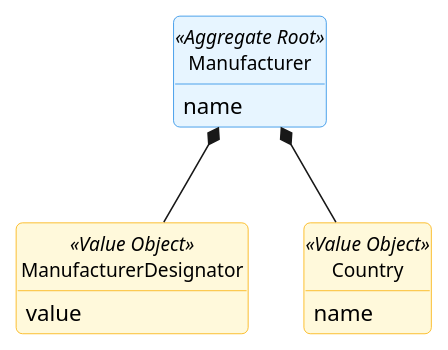
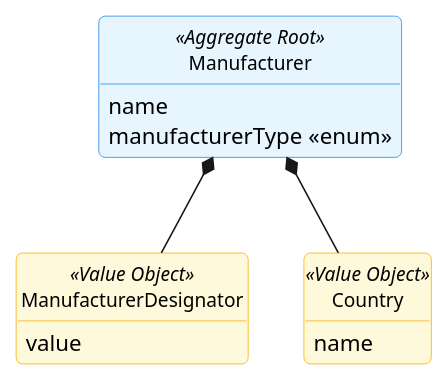
Before and after one commit to GustavoFerreira24/flight-management-platform: the diagram in docs/global-artifacts/02.analysis/puml/Aggregates/ManufacturerAggregate.puml, drawn with PlantUML. The commit also changed 6 other files, not shown here.

```diff
--- a/docs/global-artifacts/02.analysis/puml/Aggregates/ManufacturerAggregate.puml
+++ b/docs/global-artifacts/02.analysis/puml/Aggregates/ManufacturerAggregate.puml
@@ -1,44 +1,45 @@
 @startuml
 skinparam {
     BackgroundColor white
     RoundCorner 8
     Shadowing false
     Handwritten false
     ClassAttributeIconSize 0
 
     ClassBackgroundColor white
     ClassBorderColor #495057
     ClassFontSize 12
 
     ClassBackgroundColor<<Aggregate Root>> #E7F5FF
     ClassBorderColor<<Aggregate Root>> #228BE6
 
     ClassBackgroundColor<<Value Object>> #FFF9DB
     ClassBorderColor<<Value Object>> #FAB005
 
     ClassBackgroundColor<<Entity>> #F3F0FF
     ClassBorderColor<<Entity>> #7950F2
 }
 hide circle
 hide methods
 
 class Manufacturer <<Aggregate Root>> {
         name
+        manufacturerType <<enum>>
 }
 
 class ManufacturerDesignator <<Value Object>> {
         value
 }
 
 class Country <<Value Object>> {
         name
 }
 
 Manufacturer *-- ManufacturerDesignator
 Manufacturer *-- Country
 }
 
 
 
 
 @enduml
```
